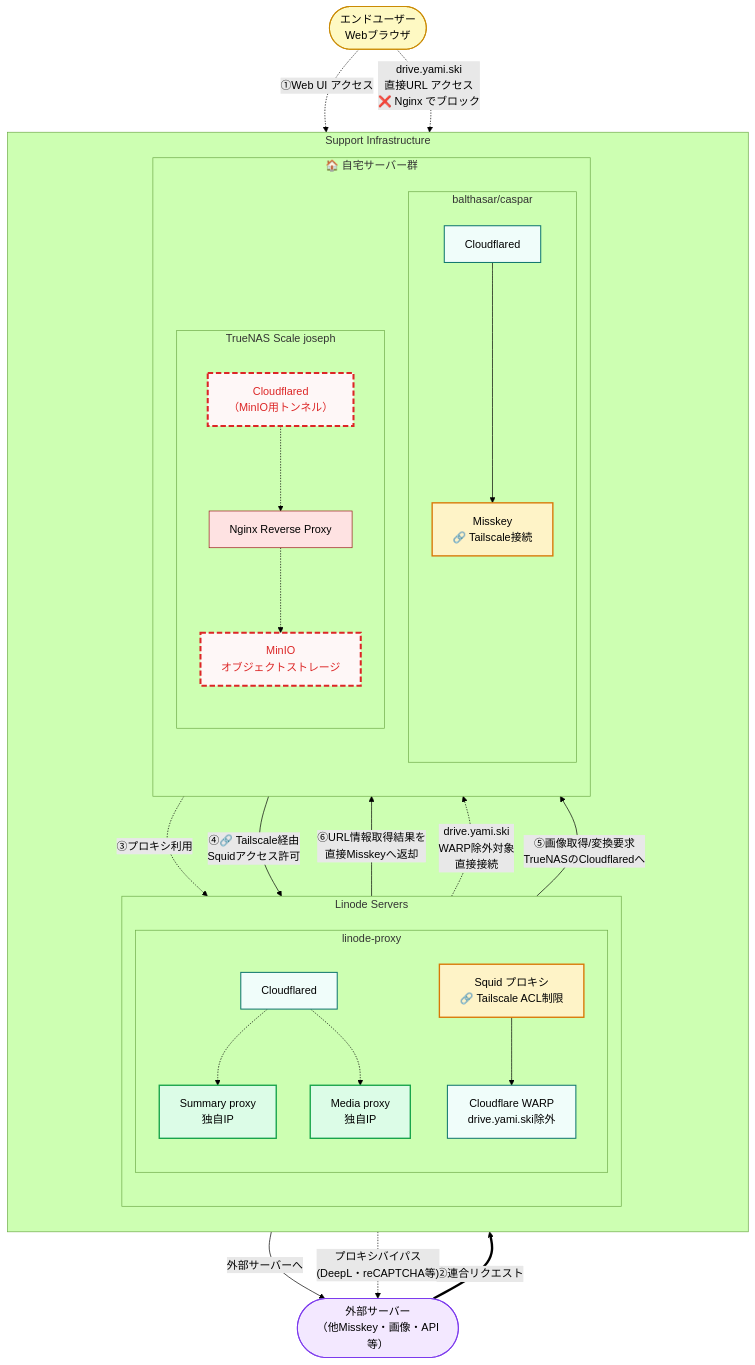
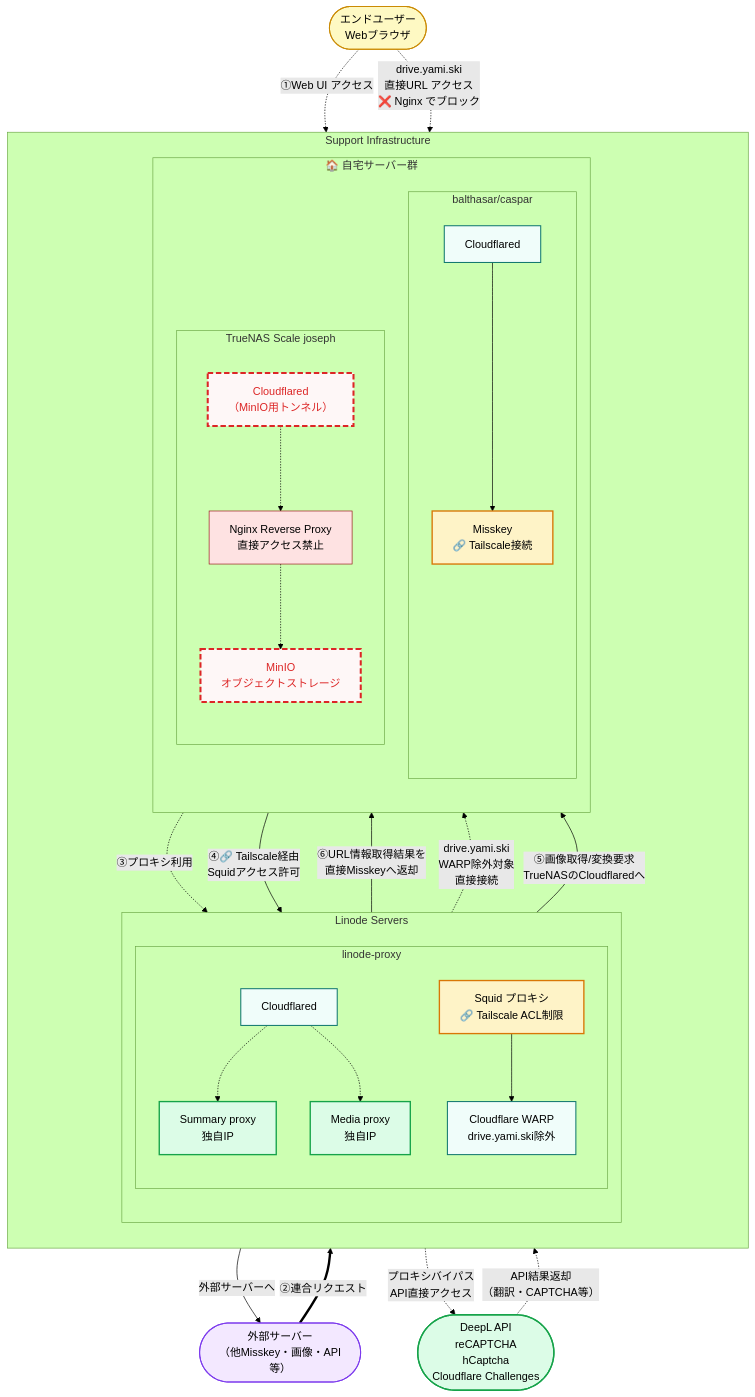
The fifth of 5 diagrams in README.md (yamisskey-dev/hosted-list), drawn with Mermaid (forest theme) before and after one commit.

````diff
--- a/README.md
+++ b/README.md
@@ -444,78 +444,80 @@
 ```mermaid
 graph TB
 classDef homeServer fill:#e2e8f0,stroke:#334155,stroke-width:2px
 classDef service fill:#f8fafc,stroke:#64748b,stroke-width:1px
 classDef security fill:#fee2e2,stroke:#991b1b,stroke-width:1px
 classDef cloudflare fill:#f0fdfa,stroke:#0f766e,stroke-width:1.5px
 classDef user fill:#fef9c3,stroke:#ca8a04,stroke-width:1.5px
 classDef federation fill:#f3e8ff,stroke:#7c3aed,stroke-width:1.5px
 classDef excludeHome fill:#fef7f7,stroke:#dc2626,stroke-width:3px,stroke-dasharray: 8 4,color:#dc2626
 classDef direct fill:#dcfce7,stroke:#16a34a,stroke-width:2px
 classDef tailscale fill:#fef3c7,stroke:#d97706,stroke-width:2px
 
 %% External actors
 enduser([エンドユーザー<br/>Webブラウザ]):::user
 external_servers([外部サーバー<br/>（他Misskey・画像・API等）]):::federation
+bypass_services([DeepL API<br/>reCAPTCHA<br/>hCaptcha<br/>Cloudflare Challenges]):::direct
 
 subgraph support[Support Infrastructure]
     direction TB
     
     subgraph linode[Linode Servers]
         direction TB
         subgraph proxy[linode-proxy]
             summaryproxy[Summary proxy<br/>独自IP]:::direct
             mediaproxy[Media proxy<br/>独自IP]:::direct
             squid[Squid プロキシ<br/>🔗 Tailscale ACL制限]:::tailscale
             warp[Cloudflare WARP<br/>drive.yami.ski除外]:::cloudflare
             cloudflared_p[Cloudflared]:::cloudflare
         end
     end
     
     subgraph homeservers[🏠 自宅サーバー群]
         direction TB
         subgraph balthasar_caspar[balthasar/caspar]
             yamisskey[Misskey<br/>🔗 Tailscale接続]:::tailscale
             cloudflared_bc[Cloudflared]:::cloudflare
         end
         
         subgraph truenas[TrueNAS Scale joseph]
             direction TB
-            nginx_minio[Nginx Reverse Proxy<br/直接アクセス禁止]:::security
+            nginx_minio[Nginx Reverse Proxy<br/>直接アクセス禁止]:::security
             minio[MinIO<br/>オブジェクトストレージ]:::excludeHome
             cloudflared_home[Cloudflared<br/>（MinIO用トンネル）]:::excludeHome
         end
     end
 end
 
 %% エンドユーザーのアクセス経路
 enduser -.->|"①Web UI アクセス"| cloudflared_bc
 cloudflared_bc --> yamisskey
 
 %% 外部サーバーからの連合リクエスト
 external_servers ==>|"②連合リクエスト"| cloudflared_bc
 
 %% Misskeyサーバーからプロキシへの内部リクエスト
 yamisskey -.->|"③プロキシ利用"| cloudflared_p
 cloudflared_p -.-> summaryproxy
 cloudflared_p -.-> mediaproxy
 
 %% === Misskeyのみ Tailscale経由でSquid使用 ===
 yamisskey -->|"④🔗 Tailscale経由<br/>Squidアクセス許可"| squid
 squid --> warp
 
 %% WARPからの分岐
 warp -->|"外部サーバーへ"| external_servers
 warp -.->|"drive.yami.ski<br/>WARP除外対象<br/>直接接続"| cloudflared_home
 cloudflared_home -.-> nginx_minio
 nginx_minio -.-> minio
 
 %% === MediaProxy・SummaryProxy のルート修正（インターネットノード撤去） ===
 mediaproxy -->|"⑤画像取得/変換要求<br/>TrueNASのCloudflaredへ"| cloudflared_home
 summaryproxy -->|"⑥URL情報取得結果を<br/>直接Misskeyへ返却"| yamisskey
 
-%% プロキシバイパス対象（DeepL等）
-yamisskey -.->|"プロキシバイパス<br/>(DeepL・reCAPTCHA等)"| external_servers
+%% プロキシバイパス対象（特定APIサービス）
+yamisskey -.->|"プロキシバイパス<br/>API直接アクセス"| bypass_services
+bypass_services -.->|"API結果返却<br/>（翻訳・CAPTCHA等）"| yamisskey
 
 %% 直接URLアクセス（ブロック）
 enduser -.->|"drive.yami.ski<br/>直接URL アクセス<br/>❌ Nginx でブロック"| cloudflared_home
 ```
````
